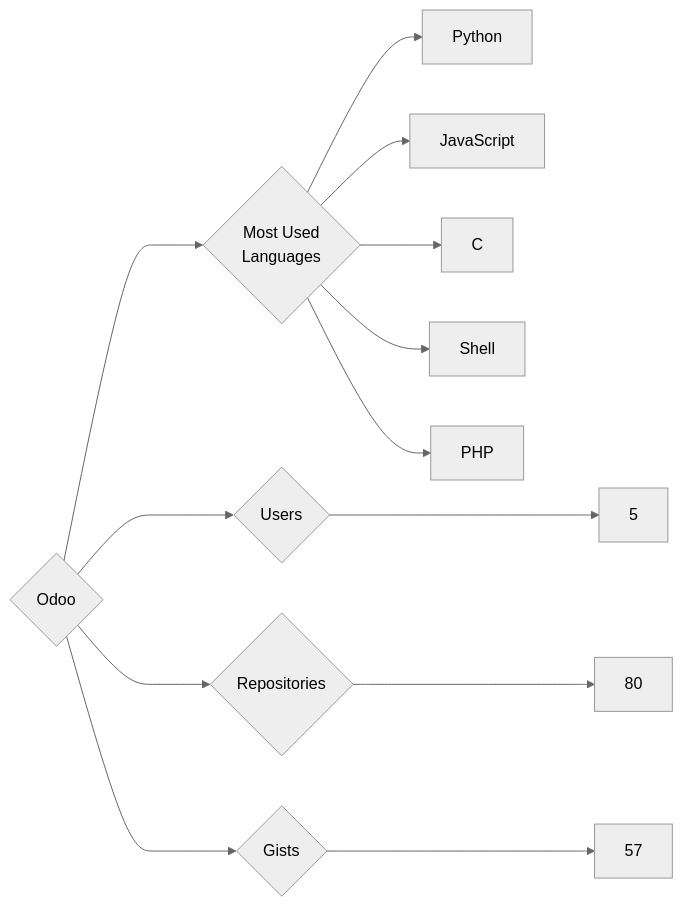
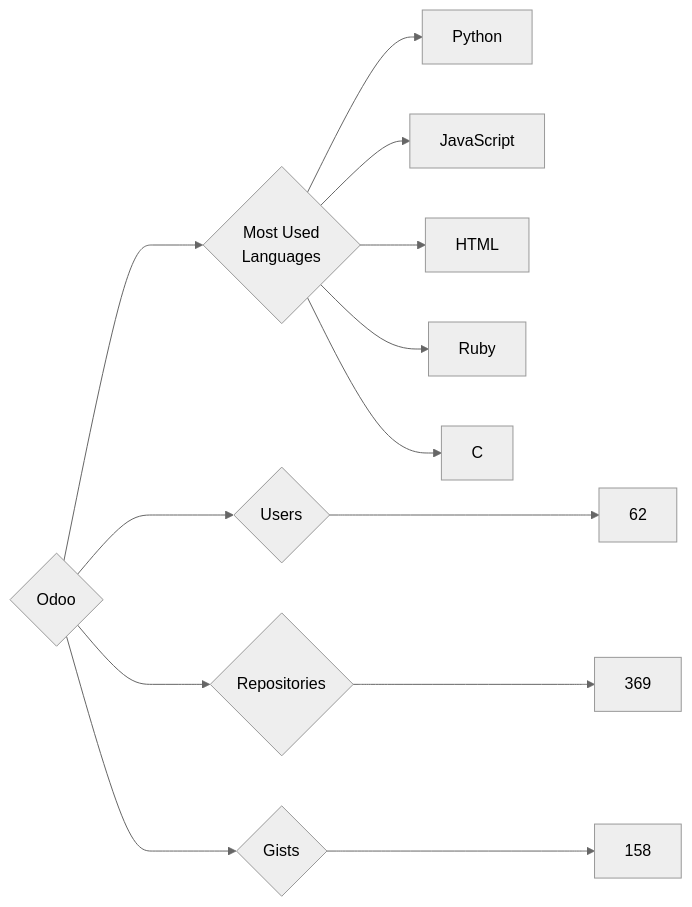
Before and after one commit to trickest/insiders: the diagram in targets/Odoo/README.md, drawn with Mermaid (neutral theme). The commit also changed 695 other files, not shown here.

````diff
--- a/targets/Odoo/README.md
+++ b/targets/Odoo/README.md
@@ -3,13 +3,13 @@
 ```mermaid
 graph LR
 COMPANY_NAME{Odoo}
-COMPANY_NAME ---> U{Users} ---> UN[5]
-COMPANY_NAME ---> R{Repositories} ---> RN[80]
-COMPANY_NAME ---> G{Gists} ---> GN[57]
+COMPANY_NAME ---> U{Users} ---> UN[62]
+COMPANY_NAME ---> R{Repositories} ---> RN[369]
+COMPANY_NAME ---> G{Gists} ---> GN[158]
 COMPANY_NAME ---> ML{Most Used<br>Languages}
 ML --> Python[Python]
 ML --> JavaScript[JavaScript]
+ML --> HTML[HTML]
+ML --> Ruby[Ruby]
 ML --> C[C]
-ML --> Shell[Shell]
-ML --> PHP[PHP]
 ```
````
